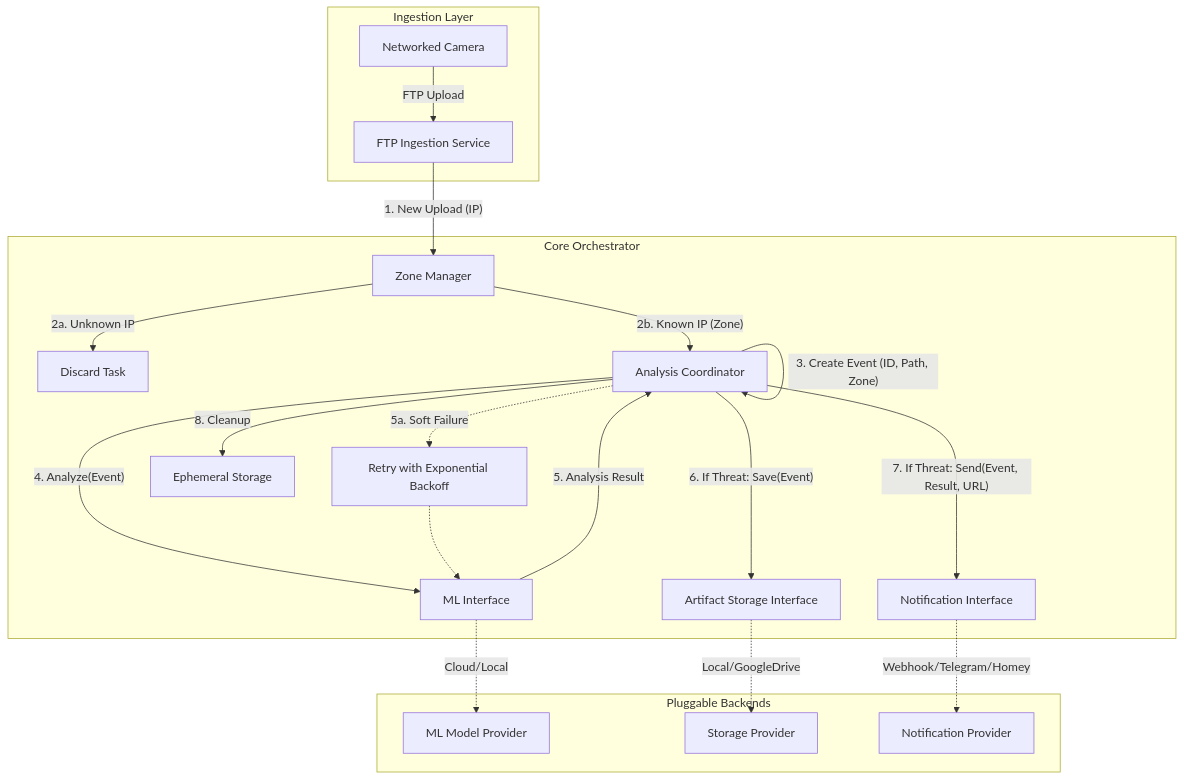
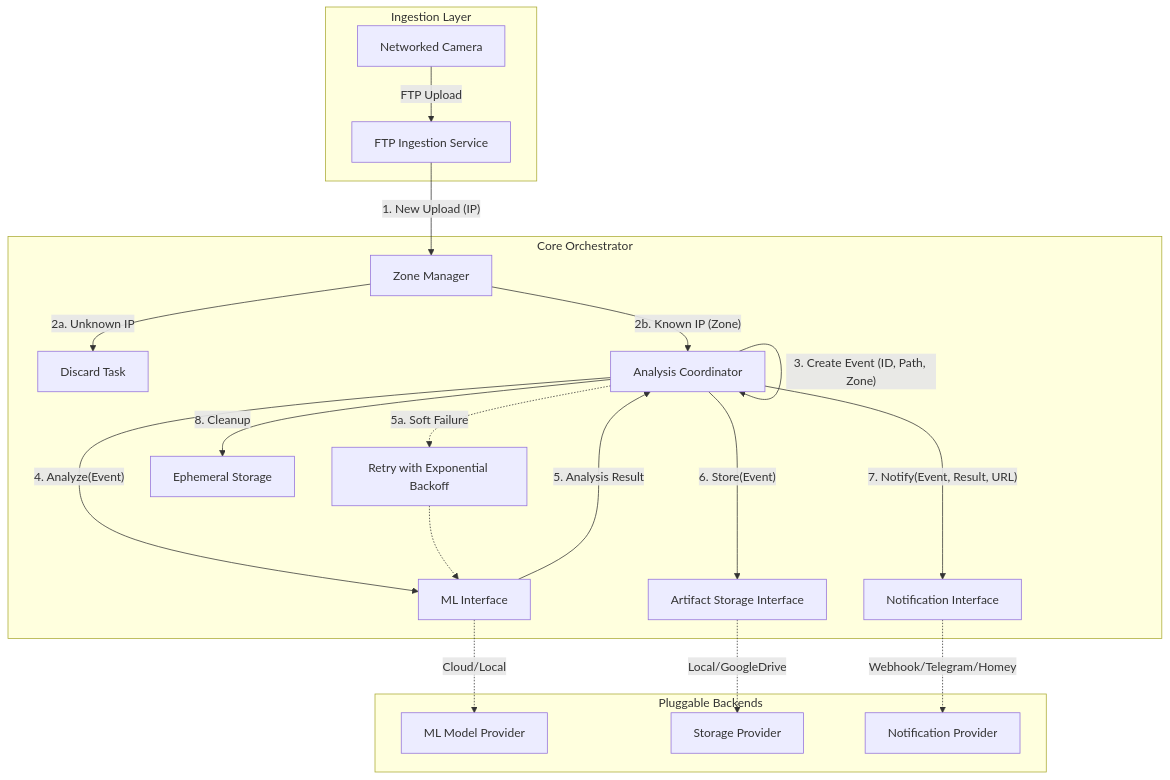
One commit to digitalentity/red-queen changed the first of 2 diagrams in docs/DESIGN.md. Above: the diagram before and after it, drawn with Mermaid. The commit also changed other lines of this file and 16 other files, not shown here.

First line of the commit message:
Coordinator: add always_store and configurable notification conditions

````diff
--- a/docs/DESIGN.md
+++ b/docs/DESIGN.md
@@ -7,30 +7,30 @@
 ```mermaid
 graph TD
     subgraph "Ingestion Layer"
         Camera[Networked Camera] -->|FTP Upload| FTPServer[FTP Ingestion Service]
     end
 
     subgraph "Core Orchestrator"
         FTPServer -->|"1. New Upload (IP)"| ZoneManager[Zone Manager]
         ZoneManager -->|"2a. Unknown IP"| Discard[Discard Task]
         ZoneManager -->|"2b. Known IP (Zone)"| Coordinator[Analysis Coordinator]
         
         Coordinator -->|"3. Create Event (ID, Path, Zone)"| Coordinator
         Coordinator -->|"4. Analyze(Event)"| MLInterface[ML Interface]
         MLInterface -->|"5. Analysis Result"| Coordinator
         
         Coordinator -.->|"5a. Soft Failure"| Retry[Retry with Exponential Backoff]
         Retry -.-> MLInterface
 
-        Coordinator -->|"6. If Threat: Save(Event)"| StorageInterface[Artifact Storage Interface]
-        Coordinator -->|"7. If Threat: Send(Event, Result, URL)"| NotificationInterface[Notification Interface]
+        Coordinator -->|"6. Store(Event)"| StorageInterface[Artifact Storage Interface]
+        Coordinator -->|"7. Notify(Event, Result, URL)"| NotificationInterface[Notification Interface]
         
         Coordinator -->|"8. Cleanup"| TempStorage[Ephemeral Storage]
     end
 
     subgraph "Pluggable Backends"
         MLInterface -.->|Cloud/Local| MLModel[ML Model Provider]
         StorageInterface -.->|Local/GoogleDrive| StorageProvider[Storage Provider]
         NotificationInterface -.->|Webhook/Telegram/Homey| NotificationProvider[Notification Provider]
     end
 ```
````
